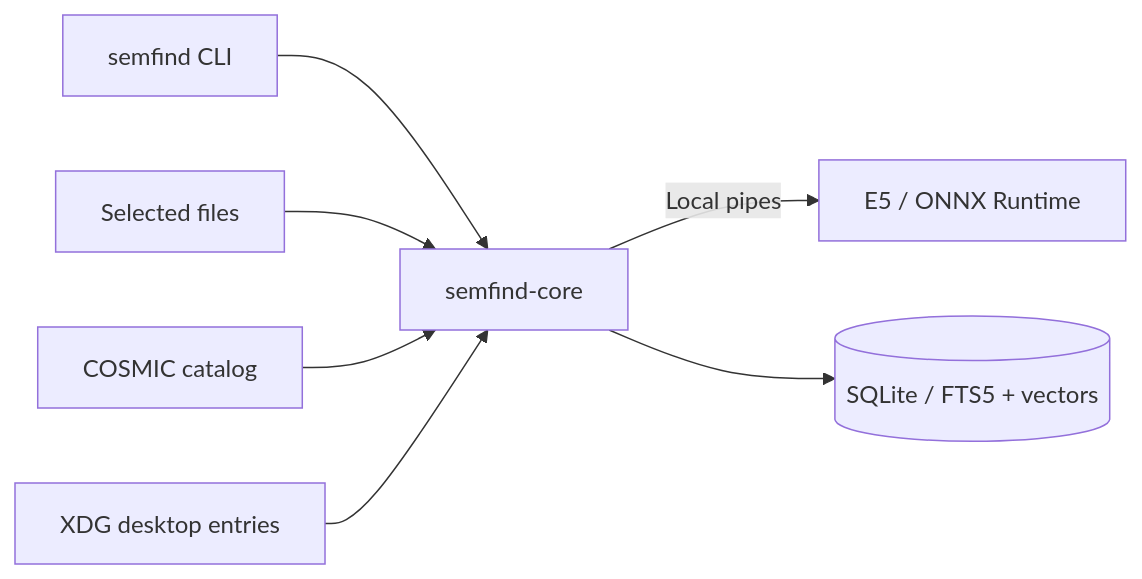
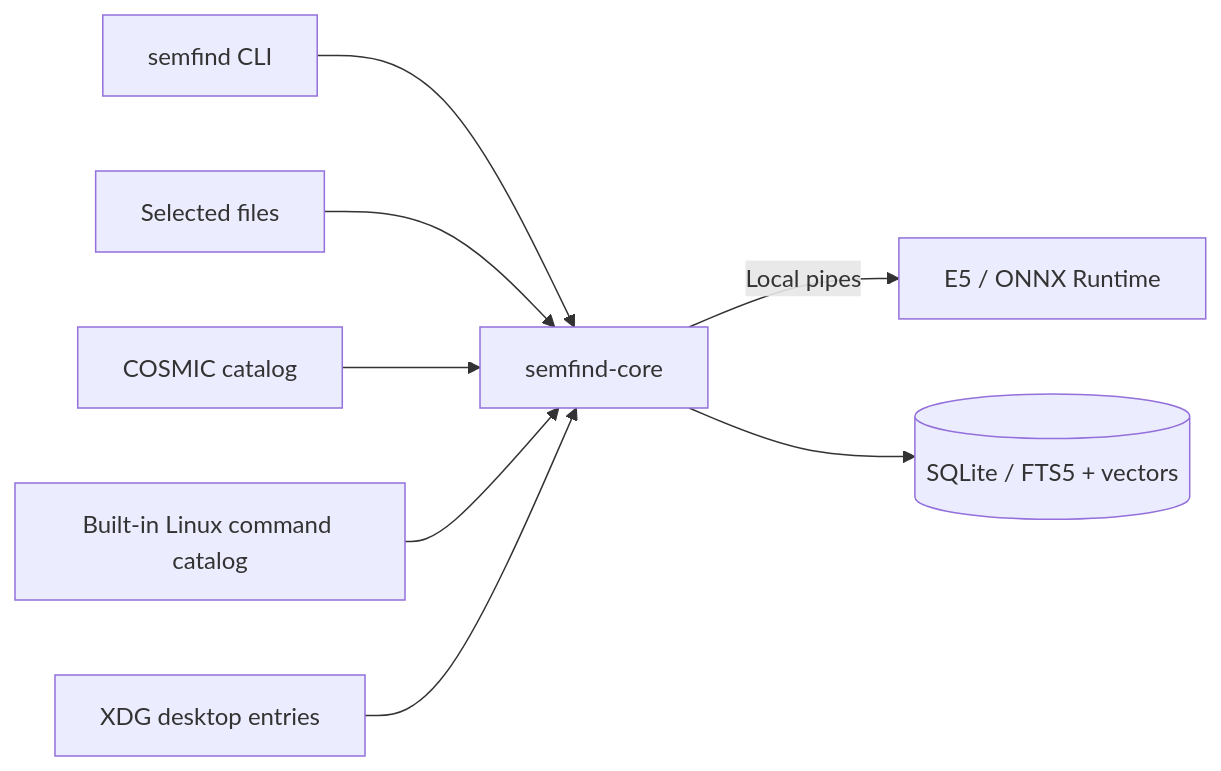
Before and after one commit to Engineer1080/semfind: the diagram in docs/architecture.md, drawn with Mermaid. The commit also changed other lines of this file and 14 other files, not shown here.

Commit message:
Add Linux command and manpage search in semfind 0.1.4

````diff
--- a/docs/architecture.md
+++ b/docs/architecture.md
@@ -3,9 +3,10 @@
 ```mermaid
 flowchart LR
     CLI[semfind CLI] --> Core[semfind-core]
     Files[Selected files] --> Core
     Catalog[COSMIC catalog] --> Core
+    Commands[Built-in Linux command catalog] --> Core
     Apps[XDG desktop entries] --> Core
     Core -->|Local pipes| Worker[E5 / ONNX Runtime]
     Core --> DB[(SQLite / FTS5 + vectors)]
 ```
````
